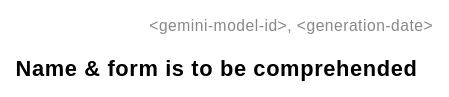
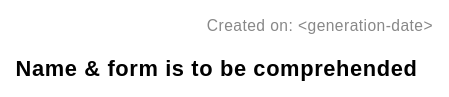
The first of 11 diagrams in notebookLM/guide/guide_plantuml_state_diagram.md (suttaplayer/dn34-PROGRESSING-BY-TENS), drawn with PlantUML before and after one commit. The commit also changed other lines of this file and 14 other files, not shown here.

````diff
--- a/notebookLM/guide/guide_plantuml_state_diagram.md
+++ b/notebookLM/guide/guide_plantuml_state_diagram.md
@@ -20,6 +20,6 @@
 ```plantuml
 @startuml
-header <gemini-model-id>, <generation-date> 
+header Created on: <generation-date> 
 title Name & form is to be comprehended
 @enduml
 ```
````
